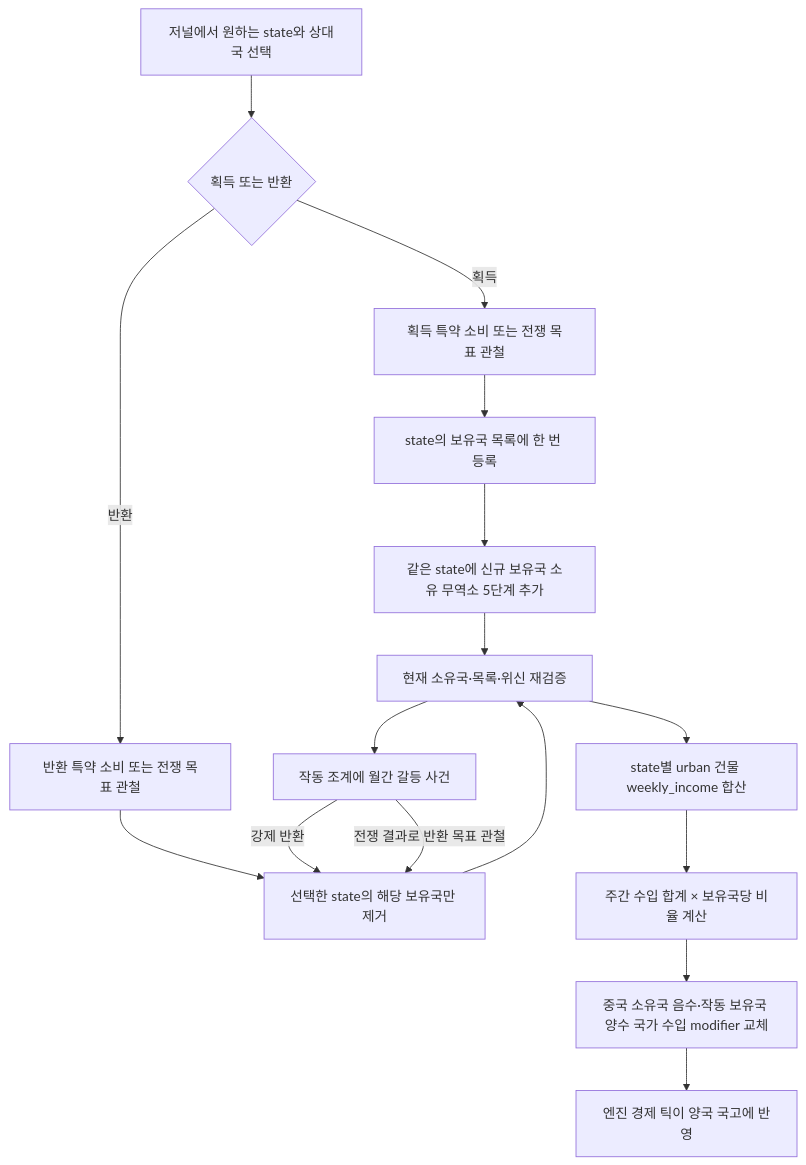
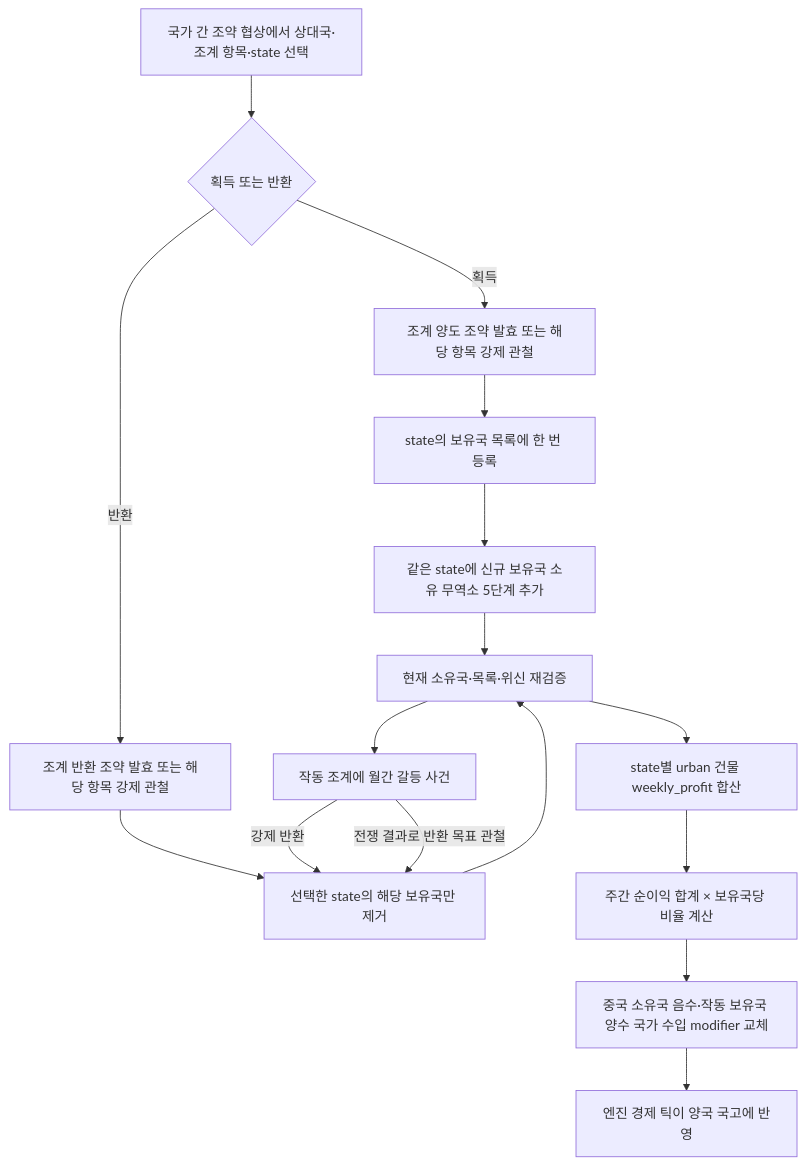
The first of 4 diagrams in documentation/china_concessions_design_plan.md (East-Asia-Flavor-Pack/East-Asia-Flavor-Pack), drawn with Mermaid before and after one commit. The commit also changed other lines of this file and 20 other files, not shown here.

````diff
--- a/documentation/china_concessions_design_plan.md
+++ b/documentation/china_concessions_design_plan.md
@@ -20,18 +20,18 @@
 ```mermaid
 flowchart TD
-    A["저널에서 원하는 state와 상대국 선택"] --> B{"획득 또는 반환"}
-    B -->|획득| C["획득 특약 소비 또는 전쟁 목표 관철"]
-    B -->|반환| D["반환 특약 소비 또는 전쟁 목표 관철"]
+    A["국가 간 조약 협상에서 상대국·조계 항목·state 선택"] --> B{"획득 또는 반환"}
+    B -->|획득| C["조계 양도 조약 발효 또는 해당 항목 강제 관철"]
+    B -->|반환| D["조계 반환 조약 발효 또는 해당 항목 강제 관철"]
     C --> E["state의 보유국 목록에 한 번 등록"]
     D --> F["선택한 state의 해당 보유국만 제거"]
     E --> T["같은 state에 신규 보유국 소유 무역소 5단계 추가"]
     T --> G["현재 소유국·목록·위신 재검증"]
     F --> G
-    G --> H["state별 urban 건물 weekly_income 합산"]
-    H --> I["주간 수입 합계 × 보유국당 비율 계산"]
+    G --> H["state별 urban 건물 weekly_profit 합산"]
+    H --> I["주간 순이익 합계 × 보유국당 비율 계산"]
     I --> J["중국 소유국 음수·작동 보유국 양수 국가 수입 modifier 교체"]
     J --> K["엔진 경제 틱이 양국 국고에 반영"]
     G --> L["작동 조계에 월간 갈등 사건"]
     L -->|강제 반환| F
     L -->|전쟁 결과로 반환 목표 관철| F
 ```
````
